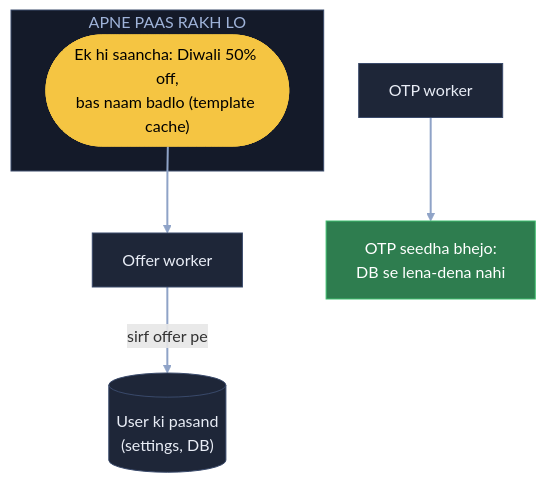
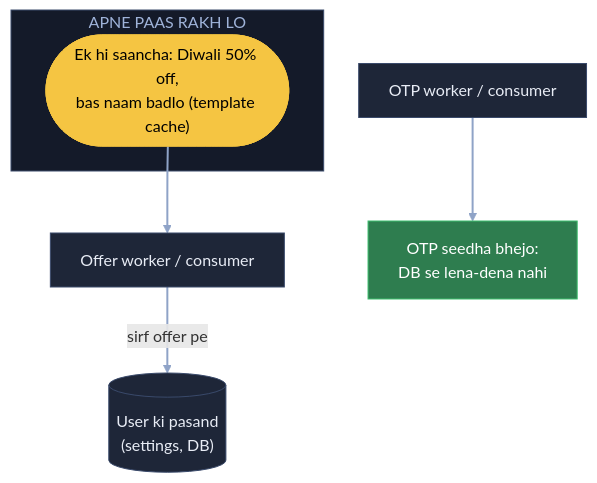
The ninth of 10 diagrams in 04_HLD/SYSTEM_DESIGNS/04_notification_system/04_notification_system.md (ArpanMaheshwari144/Prep), drawn with Mermaid before and after one commit. The commit also changed other lines of this file and 29 other files, not shown here.

Commit message:
HLD: worker -> worker / consumer har jagah (Arpan ke 'Arpan:' shabd chhod ke); Foundations 07 pehla hissa tube + stadium

````diff
--- a/04_HLD/SYSTEM_DESIGNS/04_notification_system/04_notification_system.md
+++ b/04_HLD/SYSTEM_DESIGNS/04_notification_system/04_notification_system.md
@@ -352,19 +352,19 @@
 ```mermaid
 flowchart TB
     subgraph AP["APNE PAAS RAKH LO"]
         T(["Ek hi saancha: Diwali 50% off,<br/>bas naam badlo (template cache)"]):::pill
     end
-    OF["Offer worker"]:::card
-    OT["OTP worker"]:::card
+    OF["Offer worker / consumer"]:::card
+    OT["OTP worker / consumer"]:::card
     PD[("User ki pasand<br/>(settings, DB)")]:::card
     S["OTP seedha bhejo:<br/>DB se lena-dena nahi"]:::good
     T --> OF
     OF -- "sirf offer pe" --> PD
     OT --> S
     linkStyle default stroke:#8fa3c7,stroke-width:2px
     classDef card fill:#1e2638,stroke:#3a4a6b,color:#e8ecf5
     classDef pill fill:#f5c542,stroke:#f5c542,color:#000
     classDef good fill:#2e7d4f,stroke:#3fbf6f,color:#fff
     classDef bad fill:#5c1f24,stroke:#e05561,color:#fff
     style AP fill:#141a29,stroke:#3a4a6b,color:#9fb3d9
 ```
````
